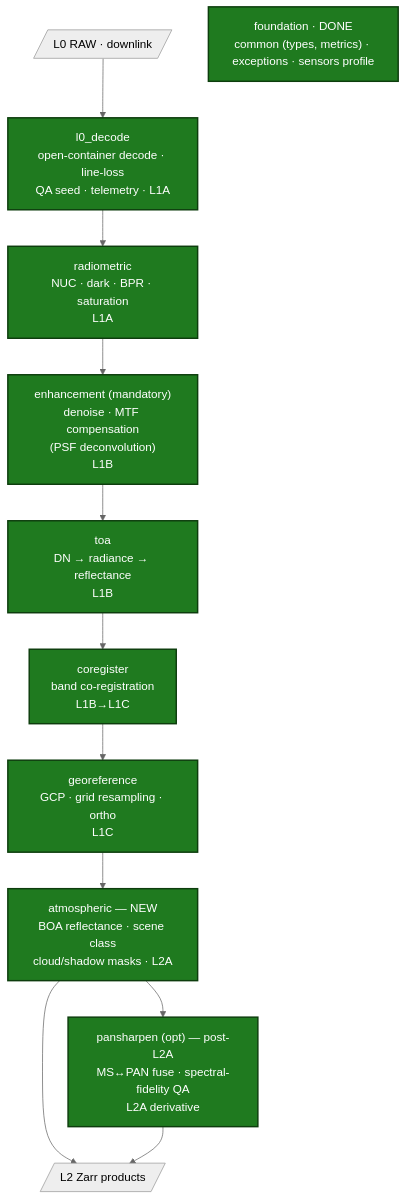
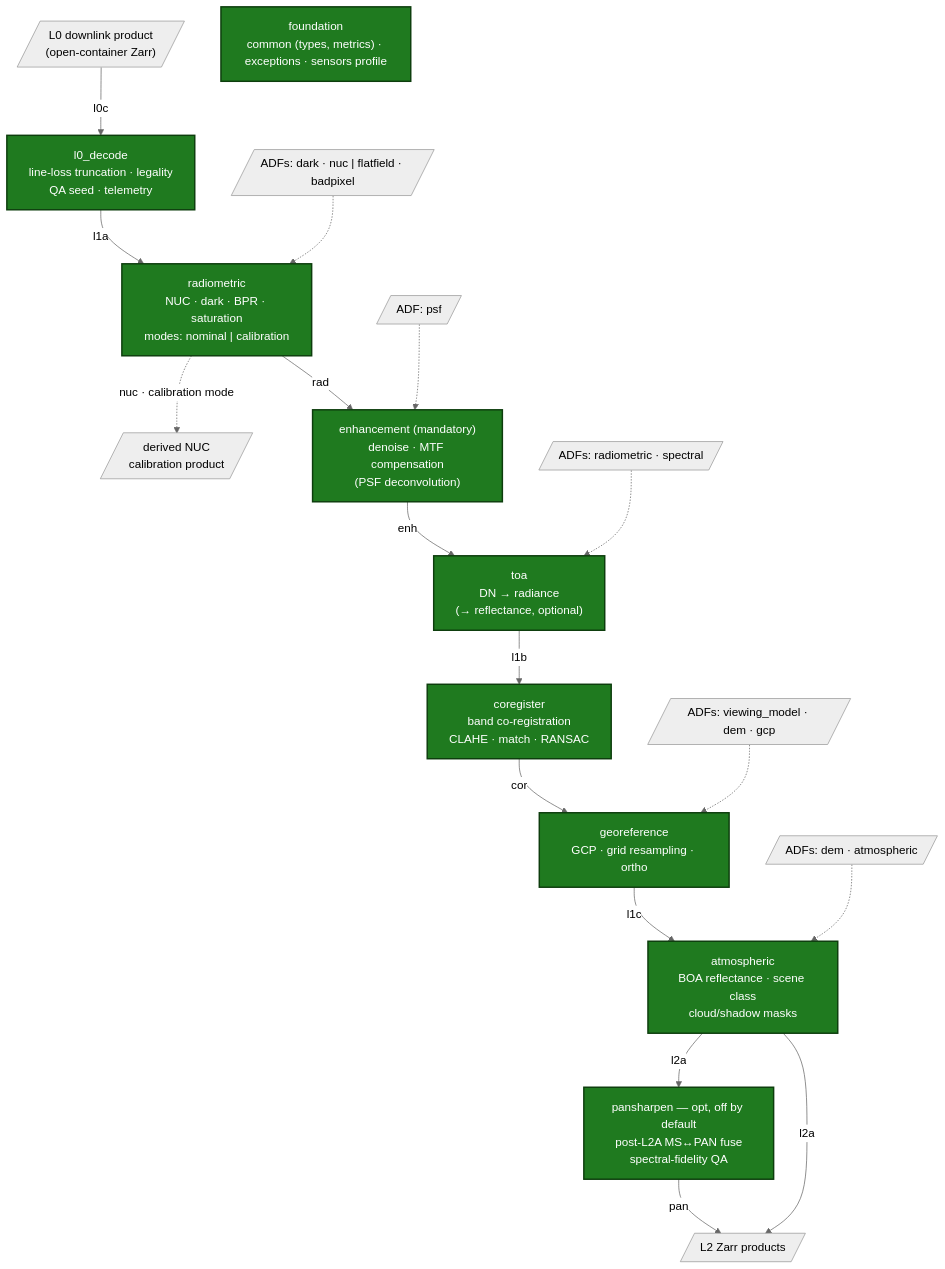
Before and after one commit to AstroCan17/msi-processor: the diagram in README.md, drawn with Mermaid (neutral theme). The commit also changed other lines of this file and 26 other files, not shown here.

First line of the commit message:
feat!: rename processing mode 'default' -> 'nominal'; rework the README workflow diagram

````diff
--- a/README.md
+++ b/README.md
@@ -30,18 +37,25 @@
 ```mermaid
 flowchart TD
-    RAW[/"L0 RAW · downlink"/] --> L0["l0_decode<br/>open-container decode · line-loss<br/>QA seed · telemetry · L1A"]:::done
-    L0 --> RAD["radiometric<br/>NUC · dark · BPR · saturation<br/>L1A"]:::done
-    RAD --> ENH["enhancement (mandatory)<br/>denoise · MTF compensation<br/>(PSF deconvolution)<br/>L1B"]:::done
-    ENH --> TOA["toa<br/>DN → radiance → reflectance<br/>L1B"]:::done
-    TOA --> COR["coregister<br/>band co-registration<br/>L1B→L1C"]:::done
-    COR --> GEO["georeference<br/>GCP · grid resampling · ortho<br/>L1C"]:::done
-    GEO --> ATM["atmospheric — NEW<br/>BOA reflectance · scene class<br/>cloud/shadow masks · L2A"]:::done
-    ATM --> PRD[/"L2 Zarr products"/]
-    ATM --> PAN["pansharpen (opt) — post-L2A<br/>MS↔PAN fuse · spectral-fidelity QA<br/>L2A derivative"]:::done
-    PAN --> PRD
+    RAW[/"L0 downlink product<br/>(open-container Zarr)"/] -- "l0c" --> L0["l0_decode<br/>line-loss truncation · legality<br/>QA seed · telemetry"]:::done
+    L0 -- "l1a" --> RAD["radiometric<br/>NUC · dark · BPR · saturation<br/>modes: nominal | calibration"]:::done
+    RAD -- "rad" --> ENH["enhancement (mandatory)<br/>denoise · MTF compensation<br/>(PSF deconvolution)"]:::done
+    RAD -. "nuc · calibration mode" .-> CAL[/"derived NUC<br/>calibration product"/]
+    ENH -- "enh" --> TOA["toa<br/>DN → radiance<br/>(→ reflectance, optional)"]:::done
+    TOA -- "l1b" --> COR["coregister<br/>band co-registration<br/>CLAHE · match · RANSAC"]:::done
+    COR -- "cor" --> GEO["georeference<br/>GCP · grid resampling · ortho"]:::done
+    GEO -- "l1c" --> ATM["atmospheric<br/>BOA reflectance · scene class<br/>cloud/shadow masks"]:::done
+    ATM -- "l2a" --> PRD[/"L2 Zarr products"/]
+    ATM -- "l2a" --> PAN["pansharpen — opt, off by default<br/>post-L2A MS↔PAN fuse<br/>spectral-fidelity QA"]:::done
+    PAN -- "pan" --> PRD
 
-    FOUND["foundation · DONE<br/>common (types, metrics) · exceptions · sensors profile"]:::done
+    A1[/"ADFs: dark · nuc | flatfield · badpixel"/] -.-> RAD
+    A2[/"ADF: psf"/] -.-> ENH
+    A3[/"ADFs: radiometric · spectral"/] -.-> TOA
+    A4[/"ADFs: viewing_model · dem · gcp"/] -.-> GEO
+    A5[/"ADFs: dem · atmospheric"/] -.-> ATM
+
+    FOUND["foundation<br/>common (types, metrics) · exceptions · sensors profile"]:::done
 
     classDef done fill:#1f7a1f,color:#fff,stroke:#0d3d0d,stroke-width:2px;
     classDef todo fill:#3f3f3f,color:#eee,stroke:#222;
 ```
````
